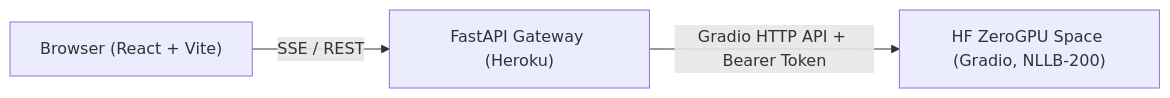
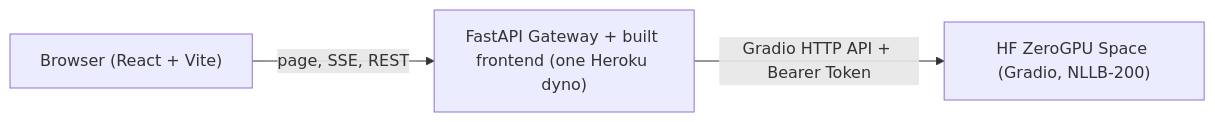
The diagram in README.md (danl1k3/BS_UA_Translator), drawn with Mermaid before and after one commit. The commit also changed other lines of this file and 15 other files, not shown here.

First line of the commit message:
feat(deploy): serve the frontend and API from one image

````diff
--- a/README.md
+++ b/README.md
@@ -15,5 +15,5 @@
 ```mermaid
 flowchart LR
-    User["Browser (React + Vite)"] -->|SSE / REST| Gateway["FastAPI Gateway (Heroku)"]
+    User["Browser (React + Vite)"] -->|page, SSE, REST| Gateway["FastAPI Gateway + built frontend (one Heroku dyno)"]
     Gateway -->|Gradio HTTP API + Bearer Token| HF["HF ZeroGPU Space (Gradio, NLLB-200)"]
 ```
````
